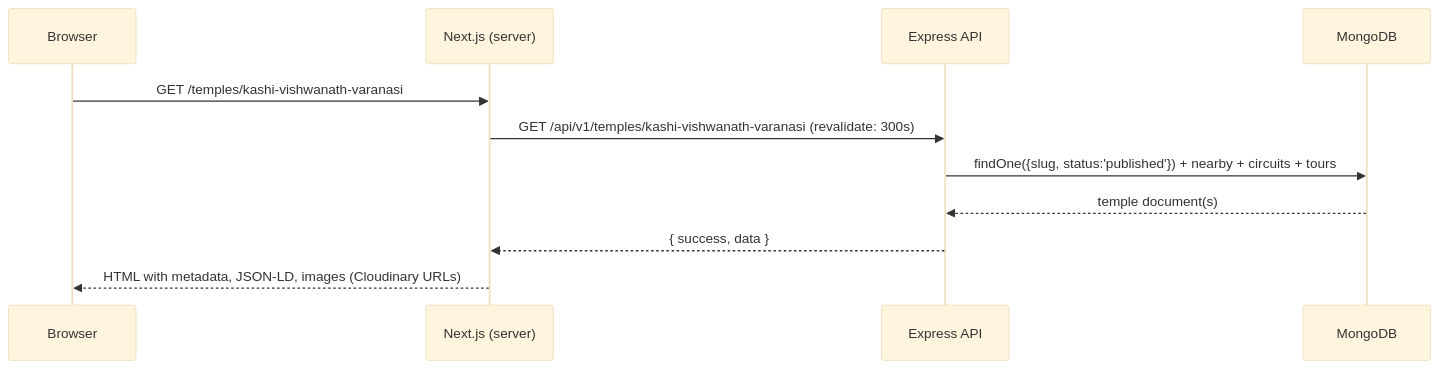
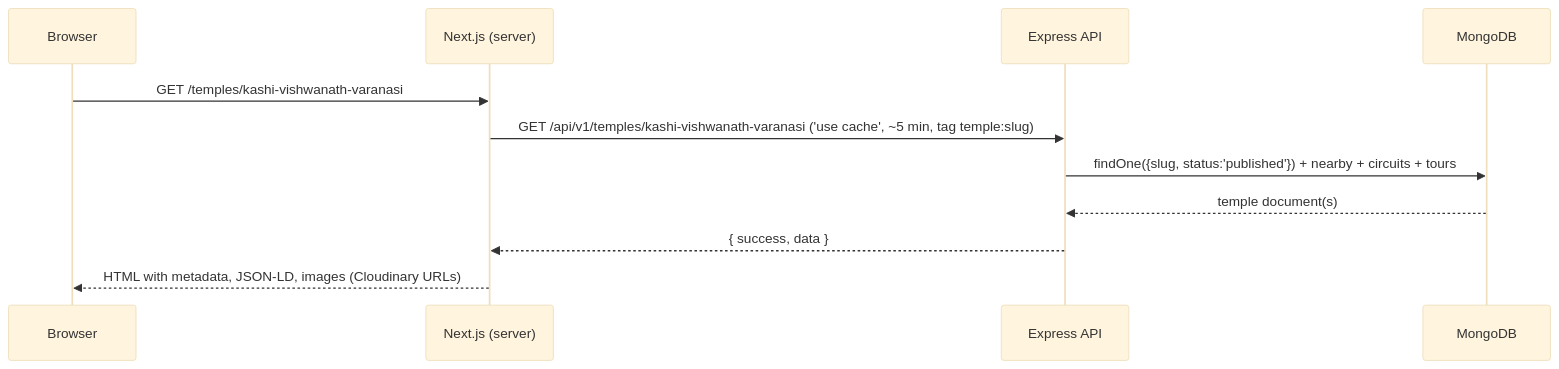
Before and after one commit to 15shivamgit/BhaktiYatra2: the second of 2 diagrams in docs/02-architecture/01-system-architecture.md, drawn with Mermaid (base theme). The commit also changed other lines of this file and 336 other files, not shown here.

````diff
--- a/docs/02-architecture/01-system-architecture.md
+++ b/docs/02-architecture/01-system-architecture.md
@@ -50,13 +50,13 @@
 ```mermaid
 sequenceDiagram
   participant B as Browser
   participant FE as Next.js (server)
   participant API as Express API
   participant DB as MongoDB
   B->>FE: GET /temples/kashi-vishwanath-varanasi
-  FE->>API: GET /api/v1/temples/kashi-vishwanath-varanasi (revalidate: 300s)
+  FE->>API: GET /api/v1/temples/kashi-vishwanath-varanasi ('use cache', ~5 min, tag temple:slug)
   API->>DB: findOne({slug, status:'published'}) + nearby + circuits + tours
   DB-->>API: temple document(s)
   API-->>FE: { success, data }
   FE-->>B: HTML with metadata, JSON-LD, images (Cloudinary URLs)
 ```
````
